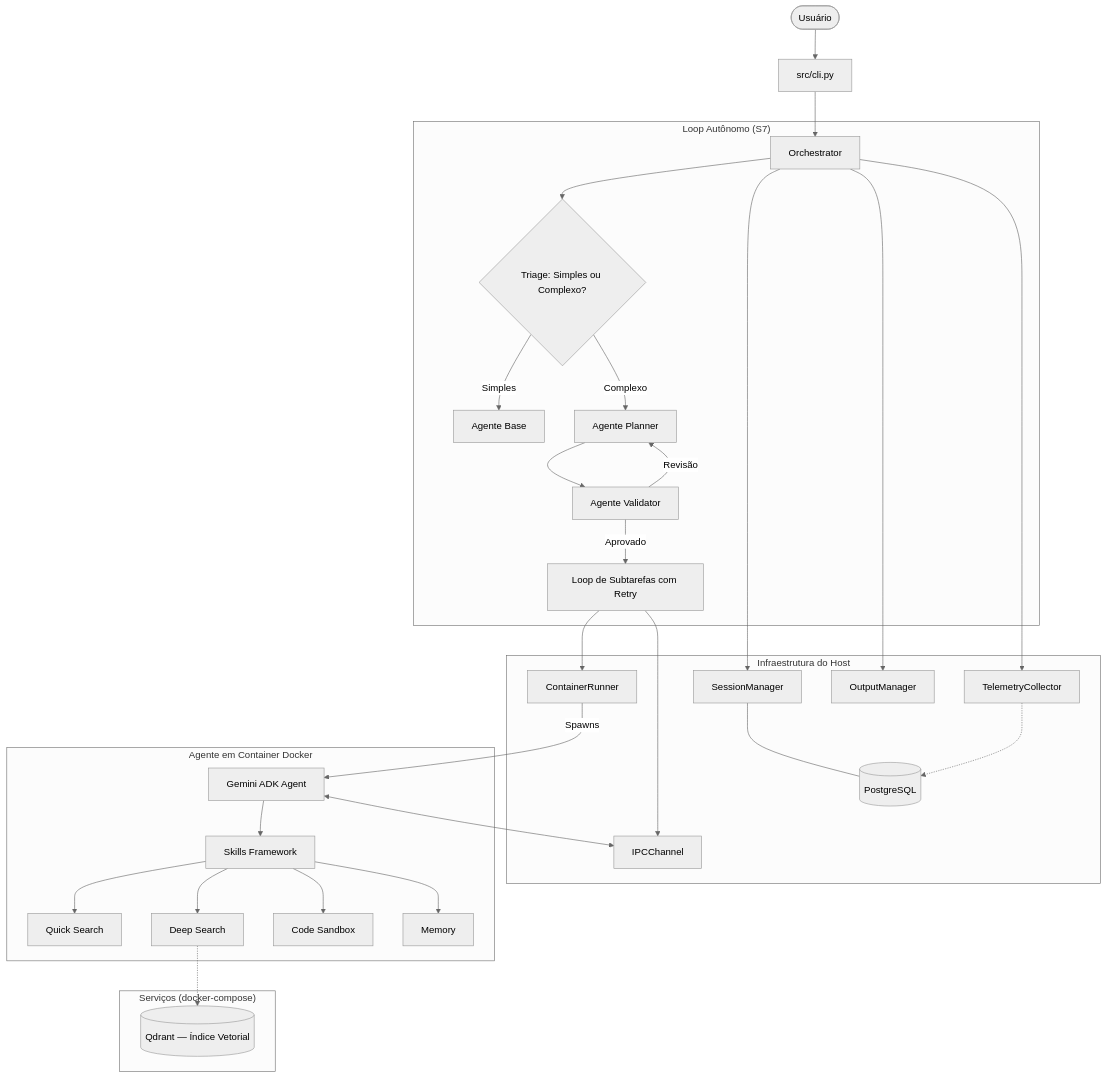
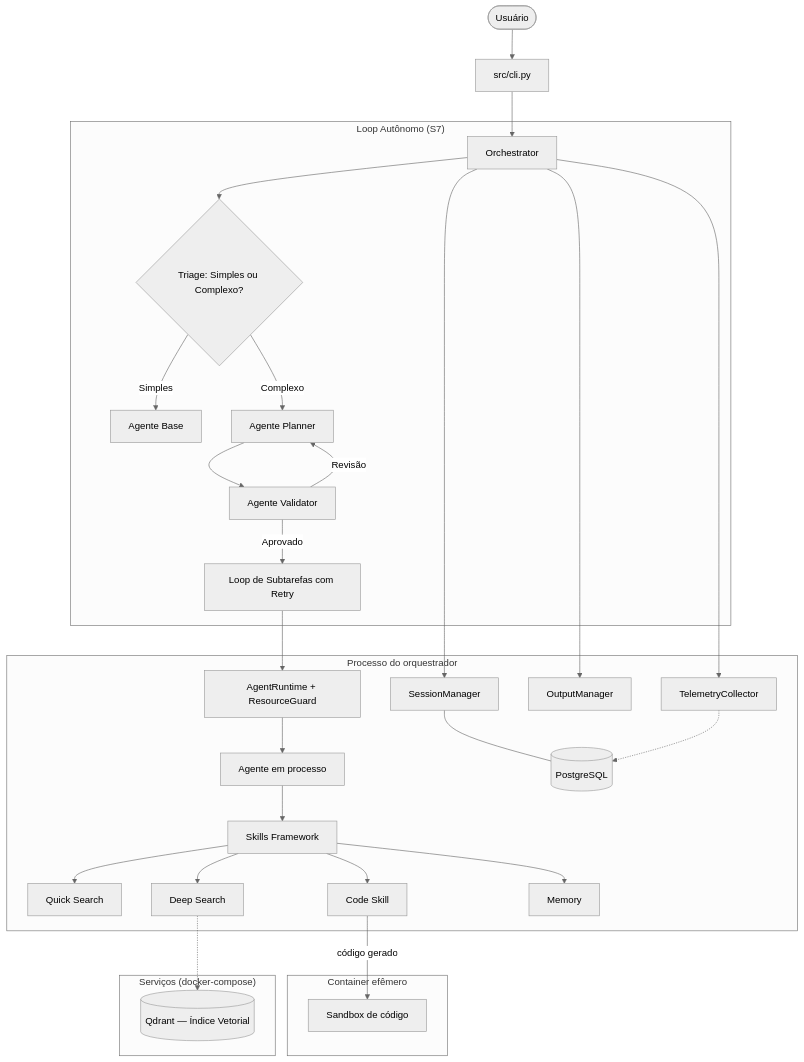
One commit to paulormnas/geminiclaw changed the diagram in README.md. Above: the diagram before and after it, drawn with Mermaid (neutral theme). The commit also changed other lines of this file and 29 other files, not shown here.

First line of the commit message:
chore(infra): remove imagens de agente e o serviço do orquestrador do compose (Fase 2 / ADR 014)

````diff
--- a/README.md
+++ b/README.md
@@ -63,41 +63,38 @@
 ```mermaid
 graph TD
     User([Usuário]) --> CLI[src/cli.py]
     CLI --> Orch[Orchestrator]
     
     subgraph "Loop Autônomo (S7)"
         Orch --> Triage{Triage: Simples ou Complexo?}
         Triage -- Simples --> BaseAgent[Agente Base]
         Triage -- Complexo --> Planner[Agente Planner]
         Planner --> Validator[Agente Validator]
         Validator -- Revisão --> Planner
         Validator -- Aprovado --> ExecLoop[Loop de Subtarefas com Retry]
     end
 
-    subgraph "Infraestrutura do Host"
-        ExecLoop --> Runner[ContainerRunner]
-        ExecLoop --> IPC[IPCChannel]
+    subgraph "Processo do orquestrador"
+        ExecLoop --> RT[AgentRuntime + ResourceGuard]
         Orch --> SM[SessionManager]
         Orch --> OM[OutputManager]
         SM --- DB[(PostgreSQL)]
         Orch --> TEL[TelemetryCollector]
         TEL -.-> DB
-    end
-    
-    subgraph "Agente em Container Docker"
-        Agent[Gemini ADK Agent]
+        RT --> Agent[Agente em processo]
         Agent --> Skills[Skills Framework]
         Skills --> QS[Quick Search]
         Skills --> DS[Deep Search]
-        Skills --> CS[Code Sandbox]
+        Skills --> CS[Code Skill]
         Skills --> Mem[Memory]
-        Agent <--> IPC
+    end
+
+    subgraph "Container efêmero"
+        CS -- código gerado --> Sandbox[Sandbox de código]
     end
 
     subgraph "Serviços (docker-compose)"
         Qdrant[(Qdrant — Índice Vetorial)]
         DS -.-> Qdrant
     end
-
-    Runner -- Spawns --> Agent
 ```
````
